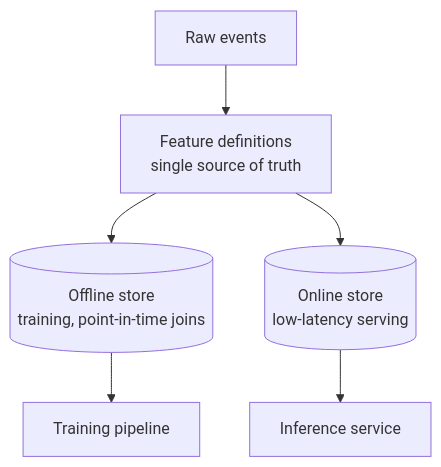
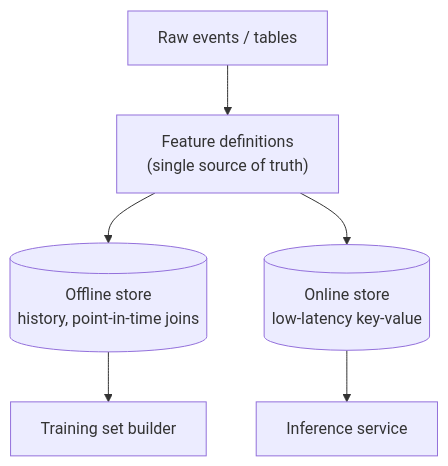
One commit to AndrewAltimit/Documentation changed the second of 7 diagrams in github-pages/docs/ai-ml/mlops-production.md. Above: the diagram before and after it, drawn with Mermaid. The commit also changed other lines of this file and 240 other files, not shown here.

````diff
--- a/github-pages/docs/ai-ml/mlops-production.md
+++ b/github-pages/docs/ai-ml/mlops-production.md
@@ -95,8 +102,8 @@
 ```mermaid
 flowchart TD
-    Src[Raw events] --> Def[Feature definitions<br/>single source of truth]
-    Def --> Off[(Offline store<br/>training, point-in-time joins)]
-    Def --> On[(Online store<br/>low-latency serving)]
-    Off --> Train[Training pipeline]
-    On --> Infer[Inference service]
+    Src["Raw events / tables"] --> Def["Feature definitions<br/>(single source of truth)"]
+    Def --> Off[("Offline store<br/>history, point-in-time joins")]
+    Def --> On[("Online store<br/>low-latency key-value")]
+    Off --> Train["Training set builder"]
+    On --> Infer["Inference service"]
 ```
````
